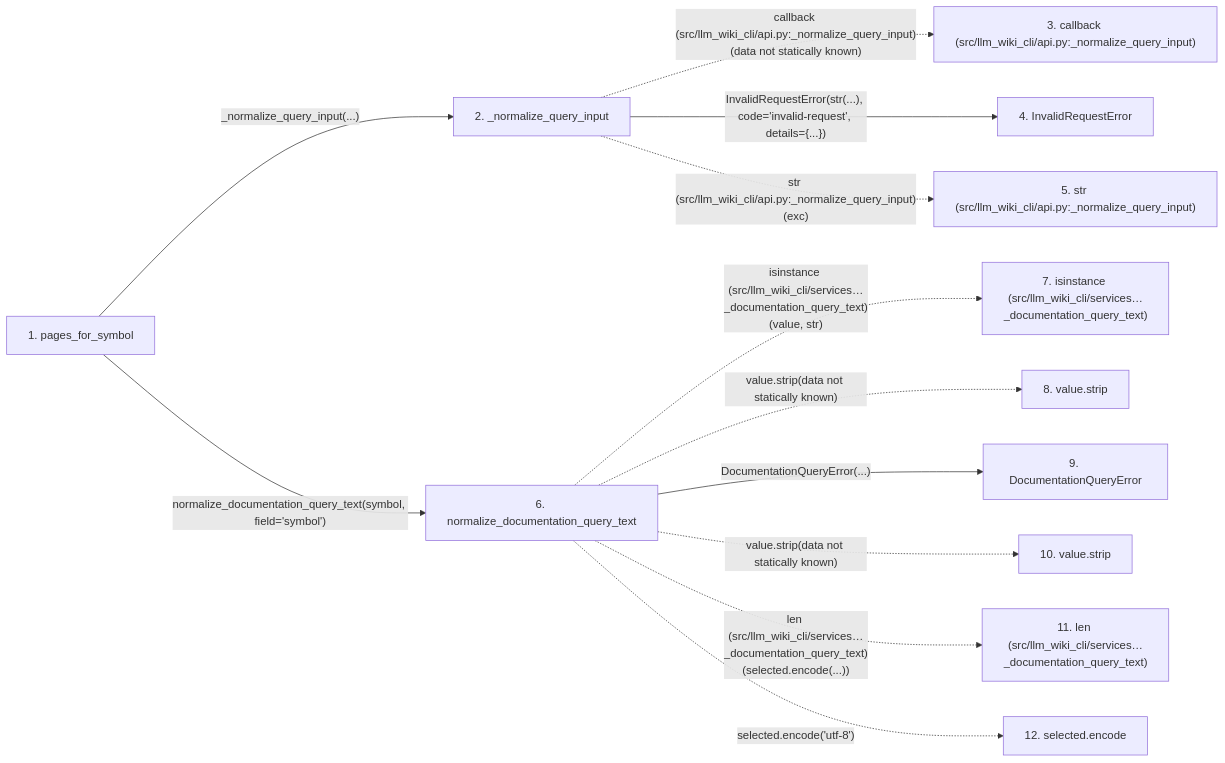
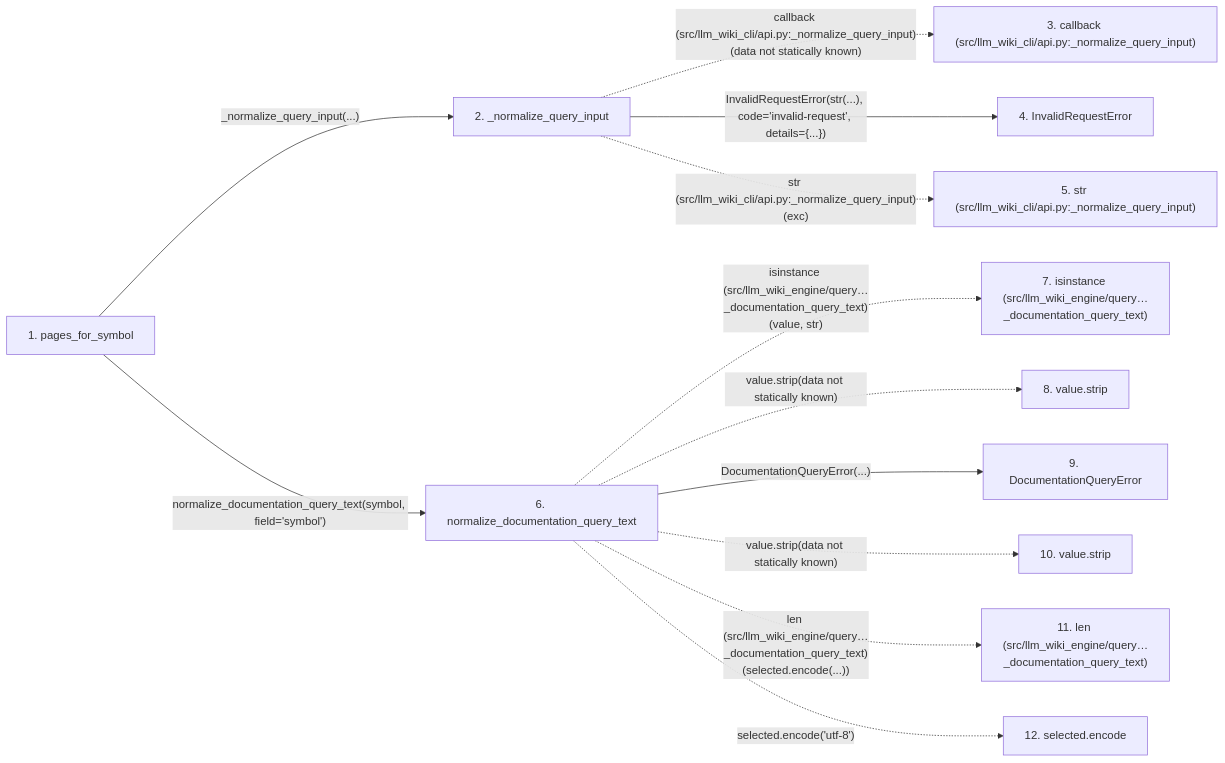
One commit to Denissvgn/python-wiki-llm changed the second of 2 diagrams in docs/llm_wiki/flows/api-pages_for_symbol.md. Above: the diagram before and after it, drawn with Mermaid. The commit also changed other lines of this file and 648 other files, not shown here.

Commit message:
docs: refresh the wiki for the engine task contract and search

````diff
--- a/docs/llm_wiki/flows/api-pages_for_symbol.md
+++ b/docs/llm_wiki/flows/api-pages_for_symbol.md
@@ -160,31 +160,31 @@
 ```mermaid
 flowchart LR
     s1["1. pages_for_symbol"]
     s2["2. _normalize_query_input"]
     s3["3. callback (src/llm_wiki_cli/api.py:_normalize_query_input)"]
     s4["4. InvalidRequestError"]
     s5["5. str (src/llm_wiki_cli/api.py:_normalize_query_input)"]
     s6["6. normalize_documentation_query_text"]
-    s7["7. isinstance (src/llm_wiki_cli/services…_documentation_query_text)"]
+    s7["7. isinstance (src/llm_wiki_engine/query…_documentation_query_text)"]
     s8["8. value.strip"]
     s9["9. DocumentationQueryError"]
     s10["10. value.strip"]
-    s11["11. len (src/llm_wiki_cli/services…_documentation_query_text)"]
+    s11["11. len (src/llm_wiki_engine/query…_documentation_query_text)"]
     s12["12. selected.encode"]
     s1 -->|"_normalize_query_input(...)"| s2
     s2 -. "callback (src/llm_wiki_cli/api.py:_normalize_query_input)(data not statically known)" .-> s3
     s2 -->|"InvalidRequestError(str(...), code='invalid-request', details={...})"| s4
     s2 -. "str (src/llm_wiki_cli/api.py:_normalize_query_input)(exc)" .-> s5
     s1 -->|"normalize_documentation_query_text(symbol, field='symbol')"| s6
-    s6 -. "isinstance (src/llm_wiki_cli/services…_documentation_query_text)(value, str)" .-> s7
+    s6 -. "isinstance (src/llm_wiki_engine/query…_documentation_query_text)(value, str)" .-> s7
     s6 -. "value.strip(data not statically known)" .-> s8
     s6 -->|"DocumentationQueryError(...)"| s9
     s6 -. "value.strip(data not statically known)" .-> s10
-    s6 -. "len (src/llm_wiki_cli/services…_documentation_query_text)(selected.encode(...))" .-> s11
+    s6 -. "len (src/llm_wiki_engine/query…_documentation_query_text)(selected.encode(...))" .-> s11
     s6 -. "selected.encode('utf-8')" .-> s12
     click s1 "../modules/api.md"
     click s2 "../modules/api.md"
     click s4 "../modules/api.md"
-    click s6 "../modules/documentation_query_builder.md"
-    click s9 "../modules/documentation_queries.md"
+    click s6 "../modules/query_request_format.md"
+    click s9 "../modules/query_request_format.md"
 ```
````
